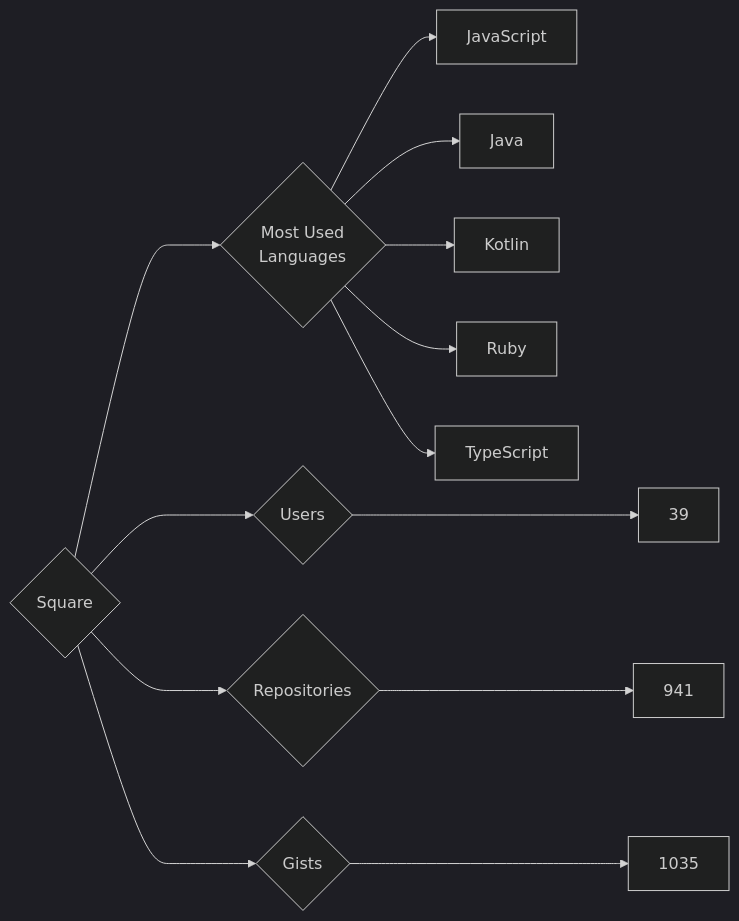
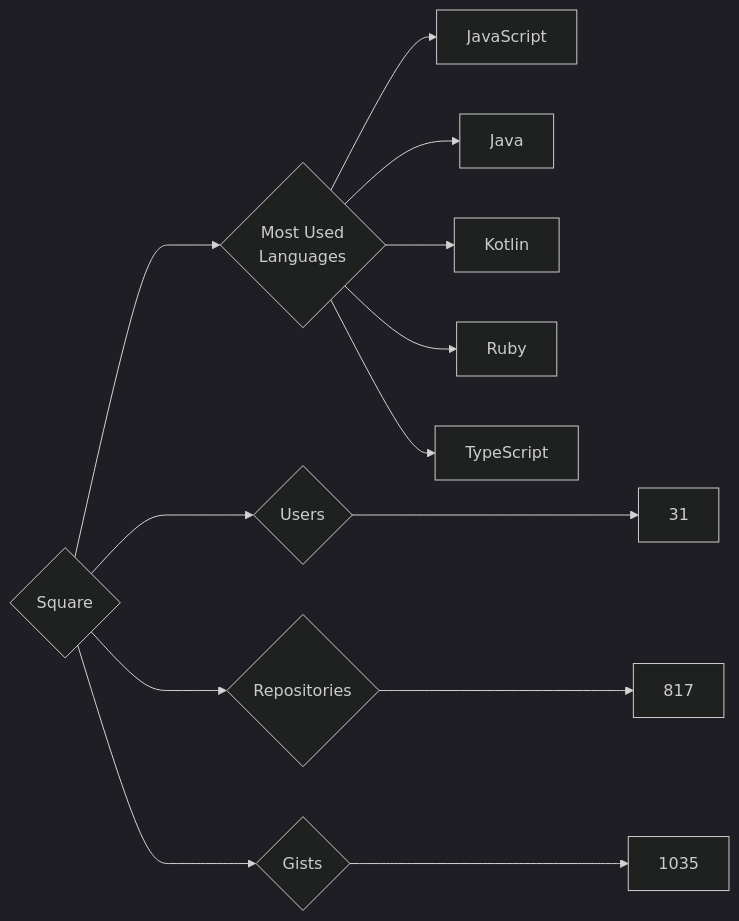
The diagram in targets/Square/README.md (trickest/insiders), drawn with Mermaid (dark theme) before and after one commit. The commit also changed 681 other files, not shown here.

````diff
--- a/targets/Square/README.md
+++ b/targets/Square/README.md
@@ -3,13 +3,13 @@
 ```mermaid
 graph LR
 COMPANY_NAME{Square}
-COMPANY_NAME ---> U{Users} ---> UN[39]
-COMPANY_NAME ---> R{Repositories} ---> RN[941]
+COMPANY_NAME ---> U{Users} ---> UN[31]
+COMPANY_NAME ---> R{Repositories} ---> RN[817]
 COMPANY_NAME ---> G{Gists} ---> GN[1035]
 COMPANY_NAME ---> ML{Most Used<br>Languages}
 ML --> JavaScript[JavaScript]
 ML --> Java[Java]
 ML --> Kotlin[Kotlin]
 ML --> Ruby[Ruby]
 ML --> TypeScript[TypeScript]
 ```
````
